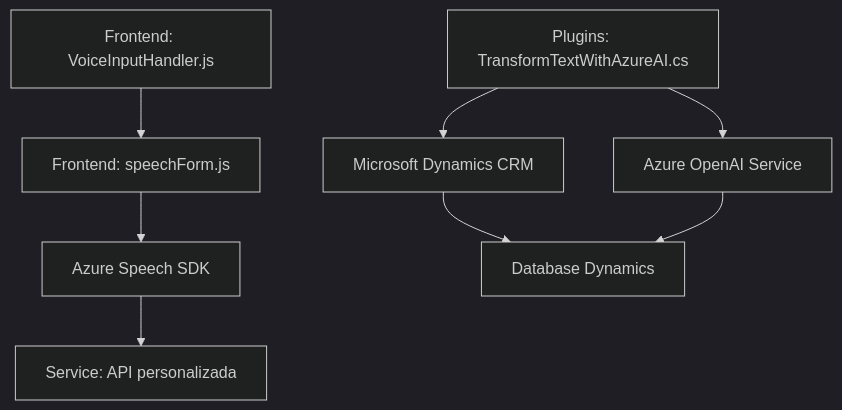
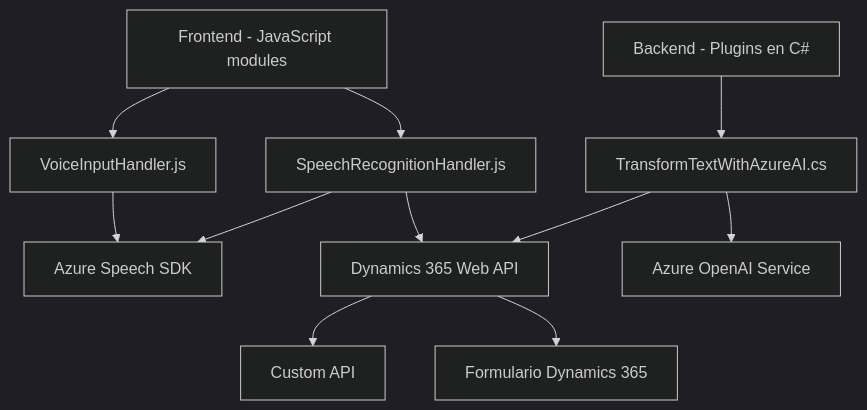
The diagram in README.md (blopezdm/NETCORE_BILBAO2025), drawn with Mermaid (dark theme) before and after one commit. The commit also changed other lines of this file, not shown here.

````diff
--- a/README.md
+++ b/README.md
@@ -40,12 +35,24 @@
 ```mermaid
 graph TD
-    A["Frontend: VoiceInputHandler.js"] --> B["Frontend: speechForm.js"]
-    B --> C["Azure Speech SDK"]
-    C --> D["Service: API personalizada"]
+    A["Frontend - JavaScript modules"]
+    B["VoiceInputHandler.js"]
+    C["SpeechRecognitionHandler.js"]
+    D["Azure Speech SDK"]
+    E["Dynamics 365 Web API"]
+    F["Backend - Plugins en C#"]
+    G["TransformTextWithAzureAI.cs"]
+    H["Azure OpenAI Service"]
+    I["Formulario Dynamics 365"]
+    J["Custom API"]
 
-    E["Plugins: TransformTextWithAzureAI.cs"] --> F["Microsoft Dynamics CRM"]
-    E --> G["Azure OpenAI Service"]
-
-    F --> H["Database Dynamics"]
+    A --> B
+    A --> C
+    B --> D
+    C --> D
+    C --> E
+    E --> J
+    F --> G
     G --> H
+    G --> E
+    E --> I
 ```
````
